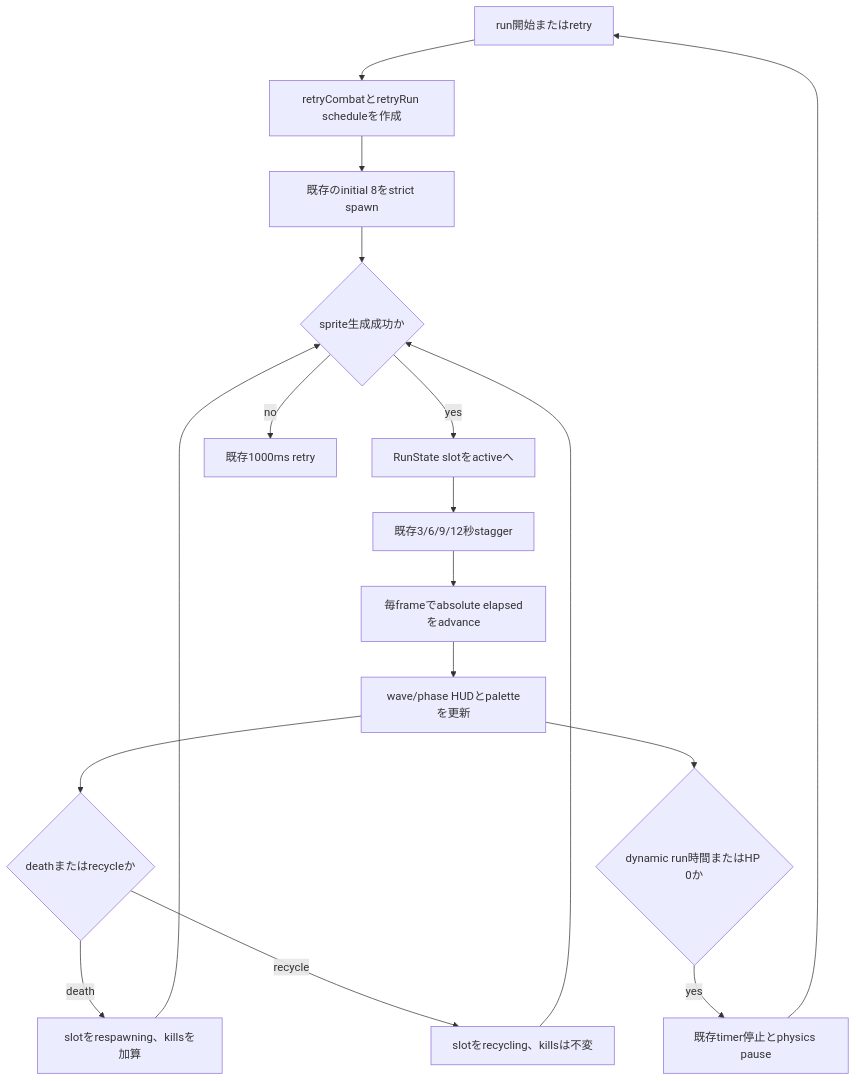
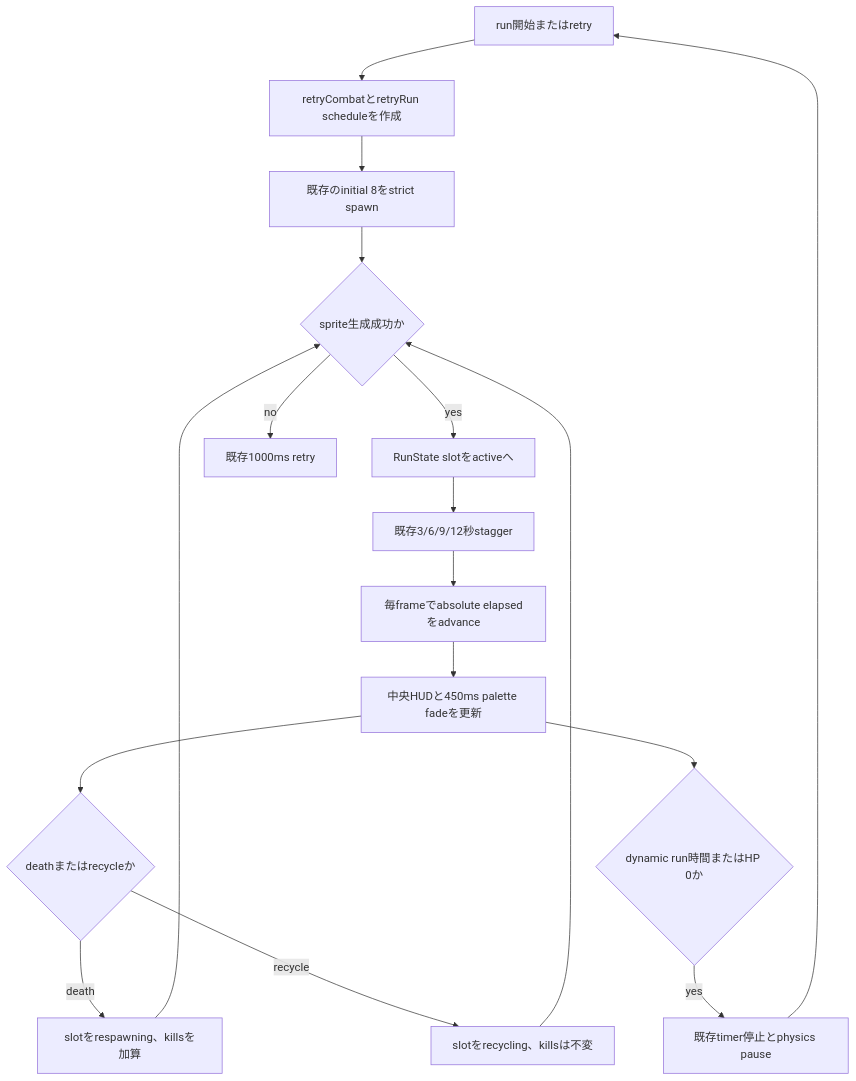
One commit to WFrog2511/2d-coop-survival changed the diagram in docs/40_design/basic/wave-progression-v1.md. Above: the diagram before and after it, drawn with Mermaid. The commit also changed other lines of this file and 9 other files, not shown here.

```diff
--- a/docs/40_design/basic/wave-progression-v1.md
+++ b/docs/40_design/basic/wave-progression-v1.md
@@ -28,19 +28,19 @@
 ~~~mermaid
 flowchart TD
   reset[run開始またはretry] --> state[retryCombatとretryRun scheduleを作成]
   state --> initial[既存のinitial 8をstrict spawn]
   initial --> spawnSuccess{sprite生成成功か}
   spawnSuccess -->|yes| active[RunState slotをactiveへ]
   spawnSuccess -->|no| retrySpawn[既存1000ms retry]
   active --> stagger[既存3/6/9/12秒stagger]
   stagger --> time[毎frameでabsolute elapsedをadvance]
-  time --> phase[wave/phase HUDとpaletteを更新]
+  time --> phase[中央HUDと450ms palette fadeを更新]
   phase --> event{deathまたはrecycleか}
   event -->|death| respawning[slotをrespawning、killsを加算]
   event -->|recycle| recycling[slotをrecycling、killsは不変]
   respawning --> spawnSuccess
   recycling --> spawnSuccess
   phase --> terminal{dynamic run時間またはHP 0か}
   terminal -->|yes| stop[既存timer停止とphysics pause]
   stop --> reset
 ~~~
```
